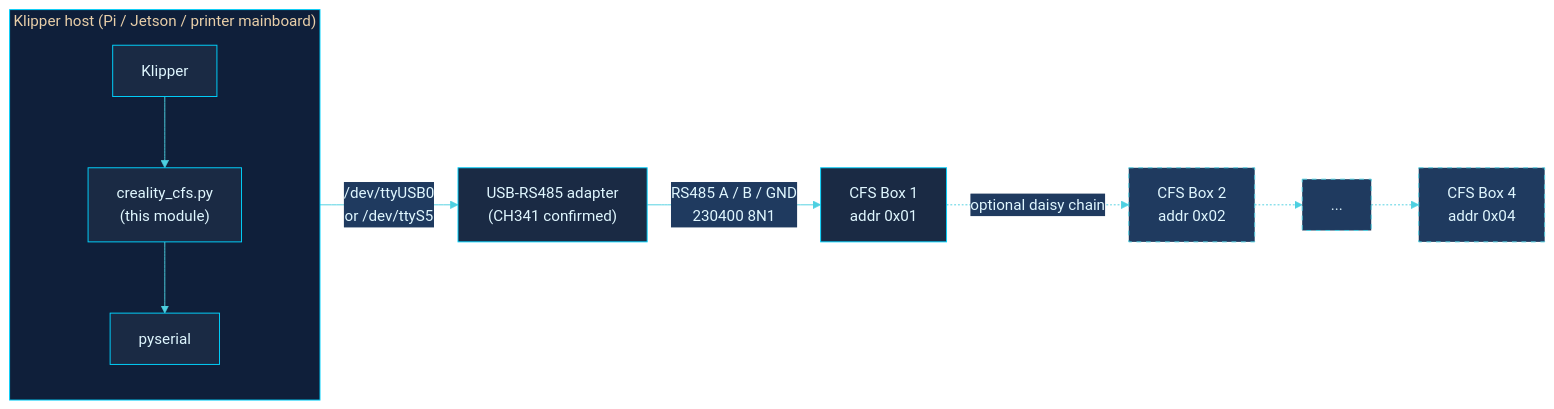
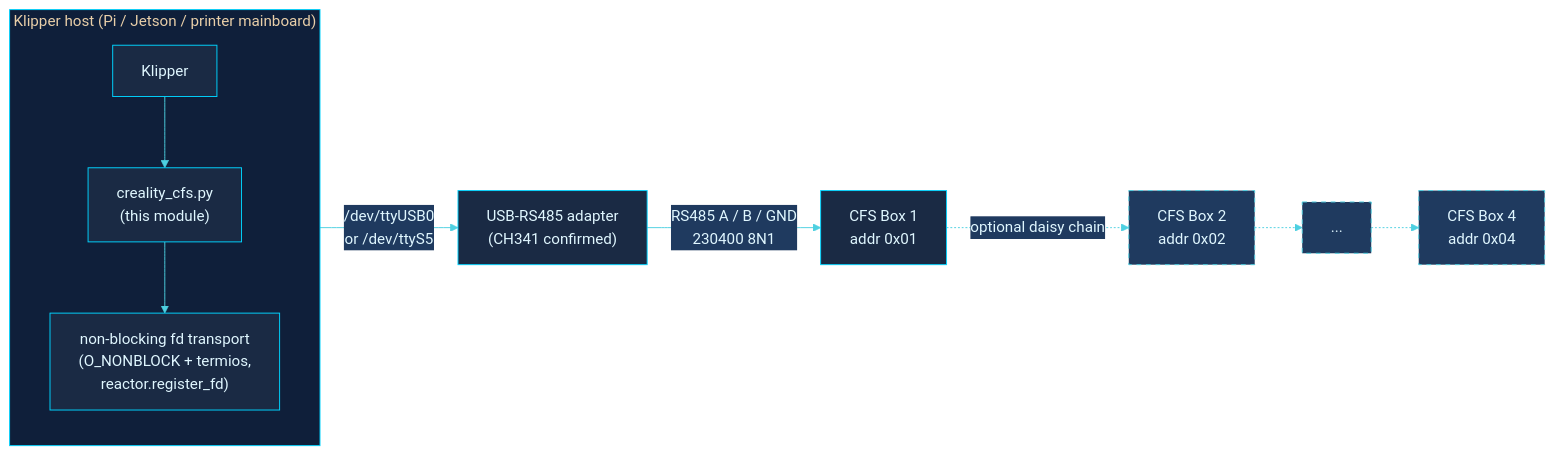
Before and after one commit to gitstonelabs/creality-cfs-klipper: the first of 7 diagrams in INSTALL.md, drawn with Mermaid. The commit also changed other lines of this file and 29 other files, not shown here.

````diff
--- a/INSTALL.md
+++ b/INSTALL.md
@@ -40,20 +38,20 @@
 ```mermaid
 %%{init: {'theme':'base','themeVariables':{
   'background':'#0a1428','primaryColor':'#1a2a44','primaryTextColor':'#e0f7ff',
   'primaryBorderColor':'#00d4ff','lineColor':'#4dd0e1','secondaryColor':'#1f3a5f',
   'tertiaryColor':'#163056','clusterBkg':'#0f1f3a','clusterBorder':'#00d4ff'}}}%%
 flowchart LR
     subgraph Host["Klipper host (Pi / Jetson / printer mainboard)"]
         direction TB
         K[Klipper] --> M["creality_cfs.py<br/>(this module)"]
-        M --> S[pyserial]
+        M --> S["non-blocking fd transport<br/>(O_NONBLOCK + termios,<br/>reactor.register_fd)"]
     end
     S -->|"/dev/ttyUSB0<br/>or /dev/ttyS5"| A["USB-RS485 adapter<br/>(CH341 confirmed)"]
     A -->|"RS485 A / B / GND<br/>230400 8N1"| B1["CFS Box 1<br/>addr 0x01"]
     B1 -.->|optional daisy chain| B2["CFS Box 2<br/>addr 0x02"]
     B2 -.-> B3["..."]
     B3 -.-> B4["CFS Box 4<br/>addr 0x04"]
 
     classDef opt fill:#1f3a5f,stroke:#4dd0e1,color:#e0f7ff,stroke-dasharray:5 5;
     class B2,B3,B4 opt;
 ```
````
